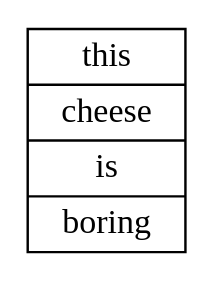
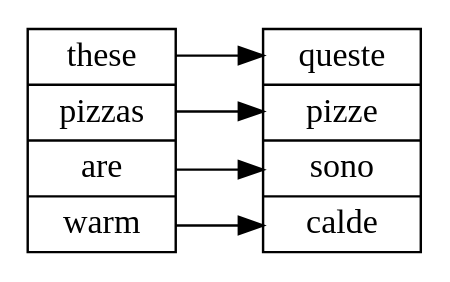
One commit to ffrixslee/gf-contrib changed the diagram in gfbook/Ex5/_grpha_1.dot. Above: the diagram before and after it, drawn with Graphviz. The commit also changed 14 other files, not shown here.

```diff
--- a/gfbook/Ex5/_grpha_1.dot
+++ b/gfbook/Ex5/_grpha_1.dot
@@ -1,6 +1,11 @@
 digraph {
   rankdir=LR ;
   node [shape = record] ;
    
-  struct0[label = "<n0> this | <n1> cheese | <n2> is | <n3> boring"] ;
+  struct0[label = "<n0> these | <n1> pizzas | <n2> are | <n3> warm"] ;
+  struct0:n0:e -> struct1:n0:w ;
+  struct0:n1:e -> struct1:n1:w ;
+  struct0:n2:e -> struct1:n2:w ;
+  struct0:n3:e -> struct1:n3:w ;
+  struct1[label = "<n0> queste | <n1> pizze | <n2> sono | <n3> calde"] ;
 }
```
